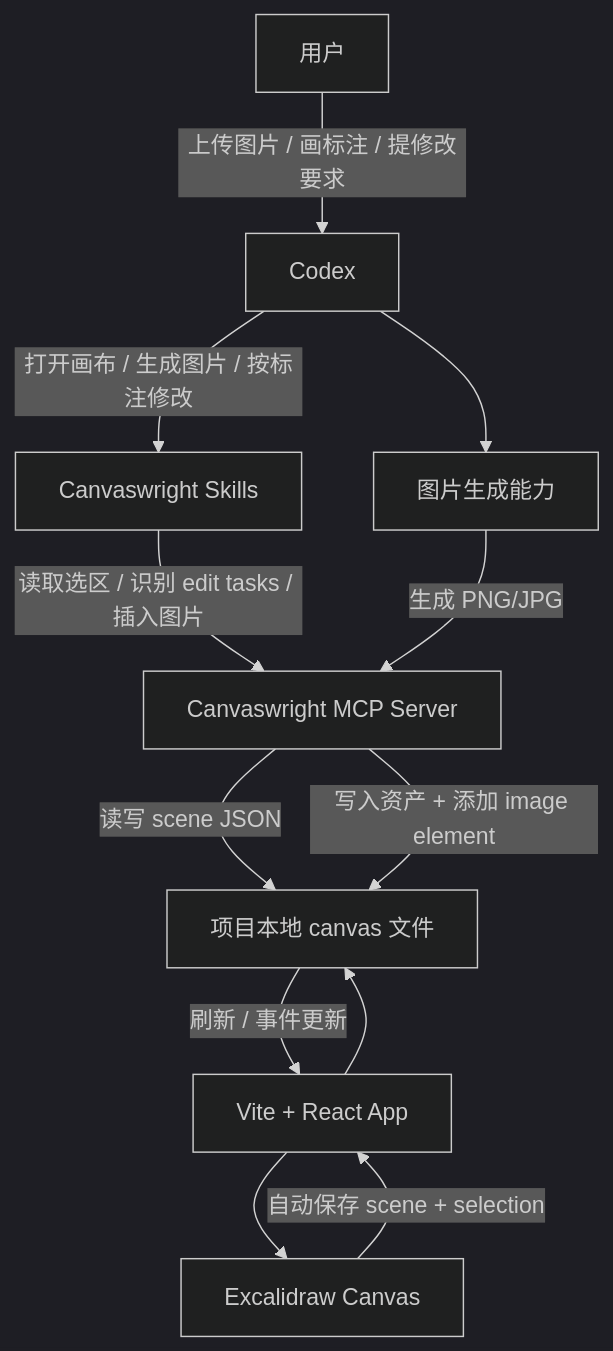
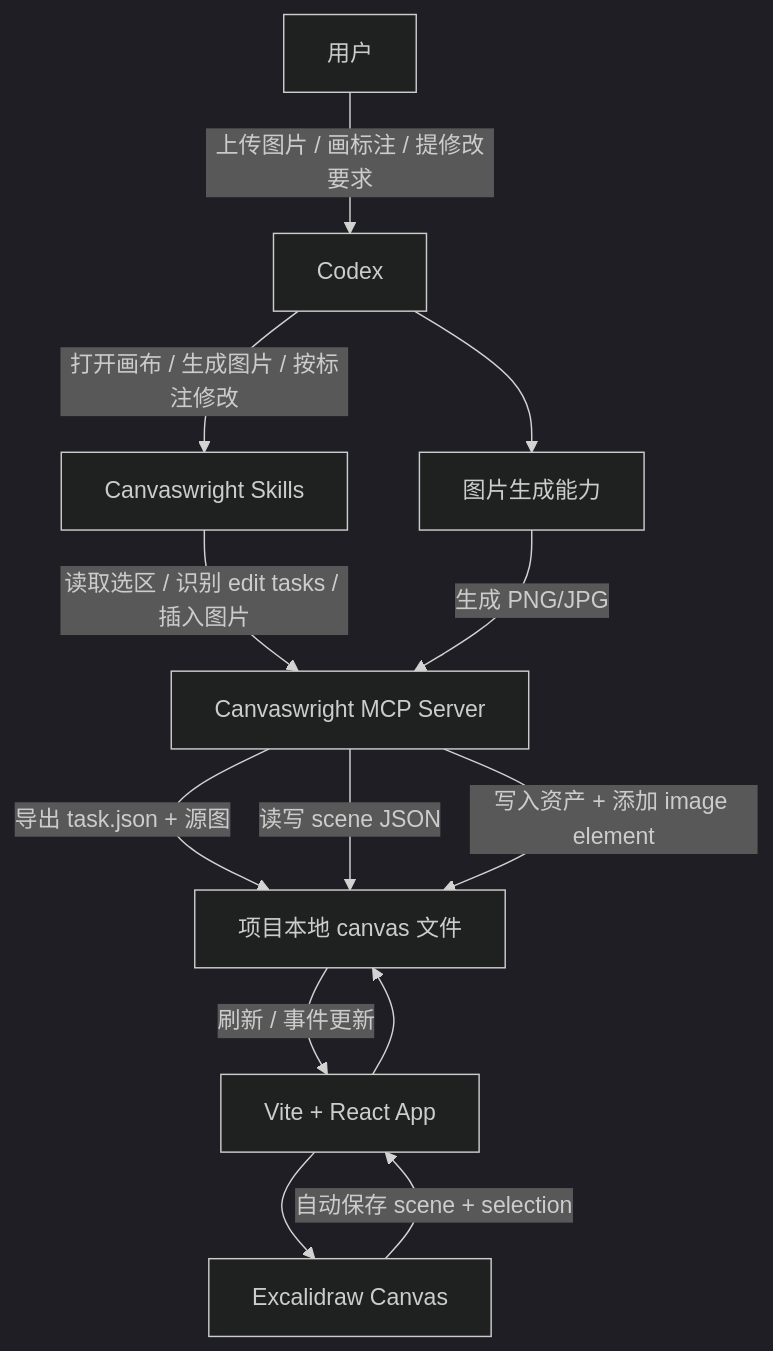
Before and after one commit to smilexiaobao1992/Canvaswright: the diagram in README.md, drawn with Mermaid (dark theme). The commit also changed other lines of this file and 18 other files, not shown here.

````diff
--- a/README.md
+++ b/README.md
@@ -128,23 +142,24 @@
 ```mermaid
 flowchart TD
   User["用户"]
   Codex["Codex"]
   Skills["Canvaswright Skills"]
   MCP["Canvaswright MCP Server"]
   App["Vite + React App"]
   Excalidraw["Excalidraw Canvas"]
   Storage["项目本地 canvas 文件"]
   ImageGen["图片生成能力"]
 
   User -->|"上传图片 / 画标注 / 提修改要求"| Codex
   Codex -->|"打开画布 / 生成图片 / 按标注修改"| Skills
   Skills -->|"读取选区 / 识别 edit tasks / 插入图片"| MCP
+  MCP -->|"导出 task.json + 源图"| Storage
   MCP -->|"读写 scene JSON"| Storage
   App --> Excalidraw
   Excalidraw -->|"自动保存 scene + selection"| App
   App --> Storage
   Codex --> ImageGen
   ImageGen -->|"生成 PNG/JPG"| MCP
   MCP -->|"写入资产 + 添加 image element"| Storage
   Storage -->|"刷新 / 事件更新"| App
 ```
````
